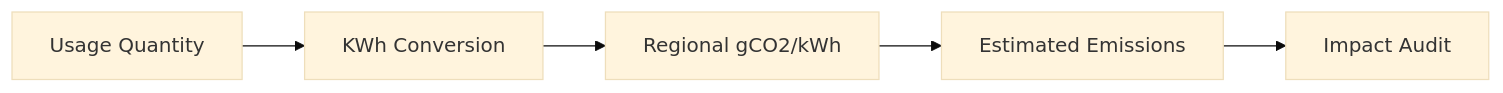
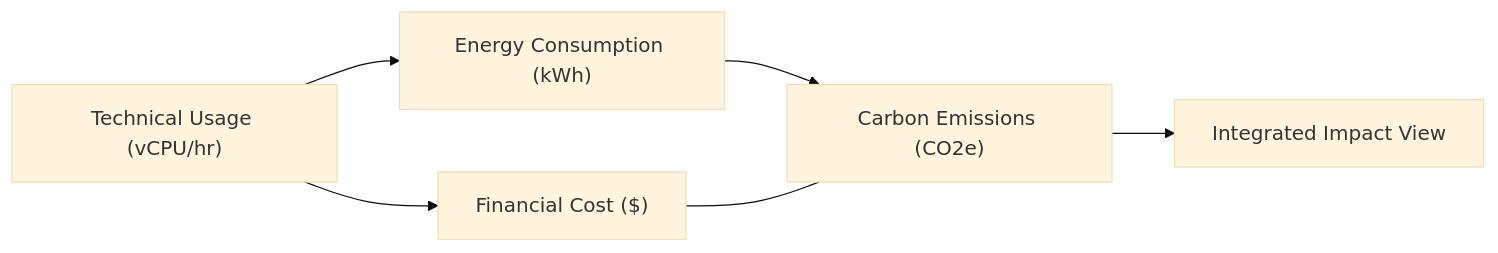
The second of 11 diagrams in README.md (Devopstrio/sustainability-cost-integration), drawn with Mermaid (base theme) before and after one commit. The commit also changed other lines of this file, not shown here.

Commit message:
docs: implement 11+ professional architecture diagrams for sustainability cost integration

````diff
--- a/README.md
+++ b/README.md
@@ -84,7 +106,8 @@
 ```mermaid
 graph LR
-    Usage[Usage Quantity] --> KWh[KWh Conversion]
-    KWh --> Intensity[Regional gCO2/kWh]
-    Intensity --> Carbon[Estimated Emissions]
-    Carbon --> Audit[Impact Audit]
+    Usage["Technical Usage (vCPU/hr)"] --> Cost["Financial Cost ($)"]
+    Usage --> Energy["Energy Consumption (kWh)"]
+    Energy --> Carbon["Carbon Emissions (CO2e)"]
+    Cost --- Carbon
+    Carbon --> Dashboard["Integrated Impact View"]
 ```
````
